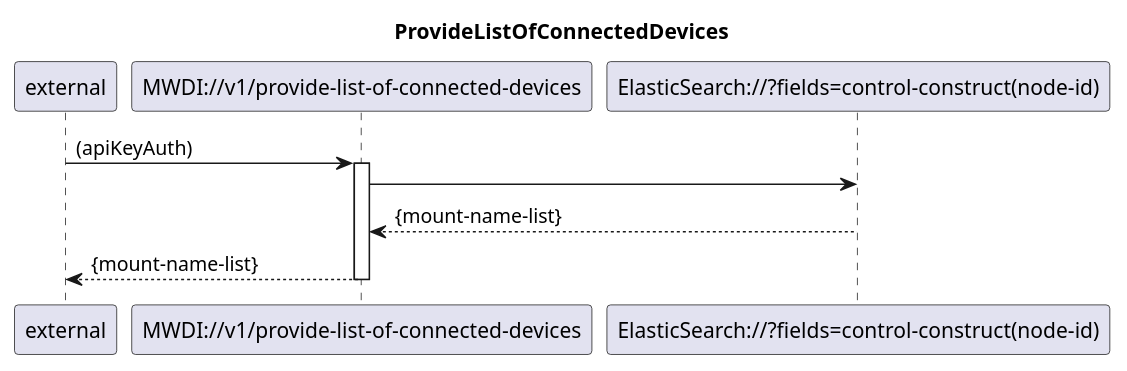
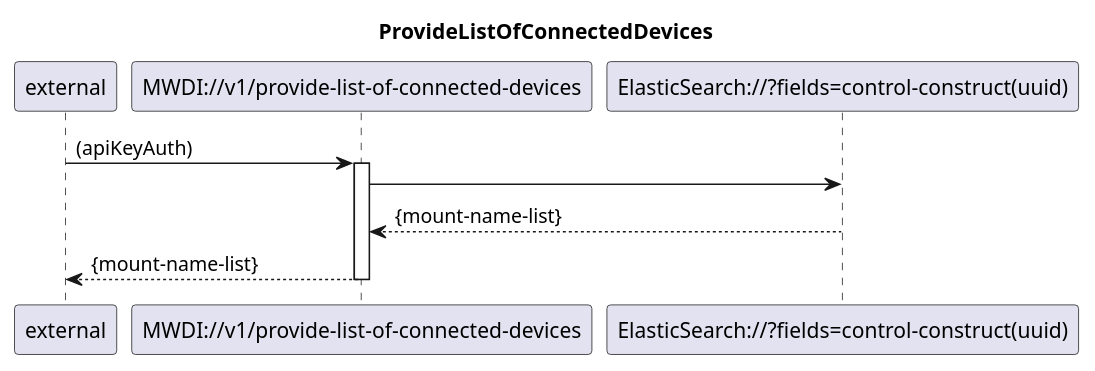
One commit to openBackhaul/MicroWaveDeviceInventory changed the diagram in spec/diagrams/100_ProvideListOfConnectedDevices.plantuml. Above: the diagram before and after it, drawn with PlantUML. The commit also changed 2 other files, not shown here.

Commit message:
added diagrams for new services is-011/012

```diff
--- a/spec/diagrams/100_ProvideListOfConnectedDevices.plantuml
+++ b/spec/diagrams/100_ProvideListOfConnectedDevices.plantuml
@@ -1,19 +1,19 @@
 @startuml 100_ProvideListOfConnectedDevices
 skinparam responseMessageBelowArrow true
 
 title  ProvideListOfConnectedDevices
 
 participant "external" as requestor
 participant "MWDI://v1/provide-list-of-connected-devices" as provideListOfConnectedDevices
-participant "ElasticSearch://?fields=control-construct(node-id)" as ConnectedDeviceList
+participant "ElasticSearch://?fields=control-construct(uuid)" as ConnectedDeviceList
 
 requestor -> provideListOfConnectedDevices: (apiKeyAuth)
 activate provideListOfConnectedDevices
 
 provideListOfConnectedDevices -> ConnectedDeviceList
 ConnectedDeviceList --> provideListOfConnectedDevices: {mount-name-list}
 
 provideListOfConnectedDevices --> requestor: {mount-name-list}
 deactivate provideListOfConnectedDevices
 
 @enduml
```
